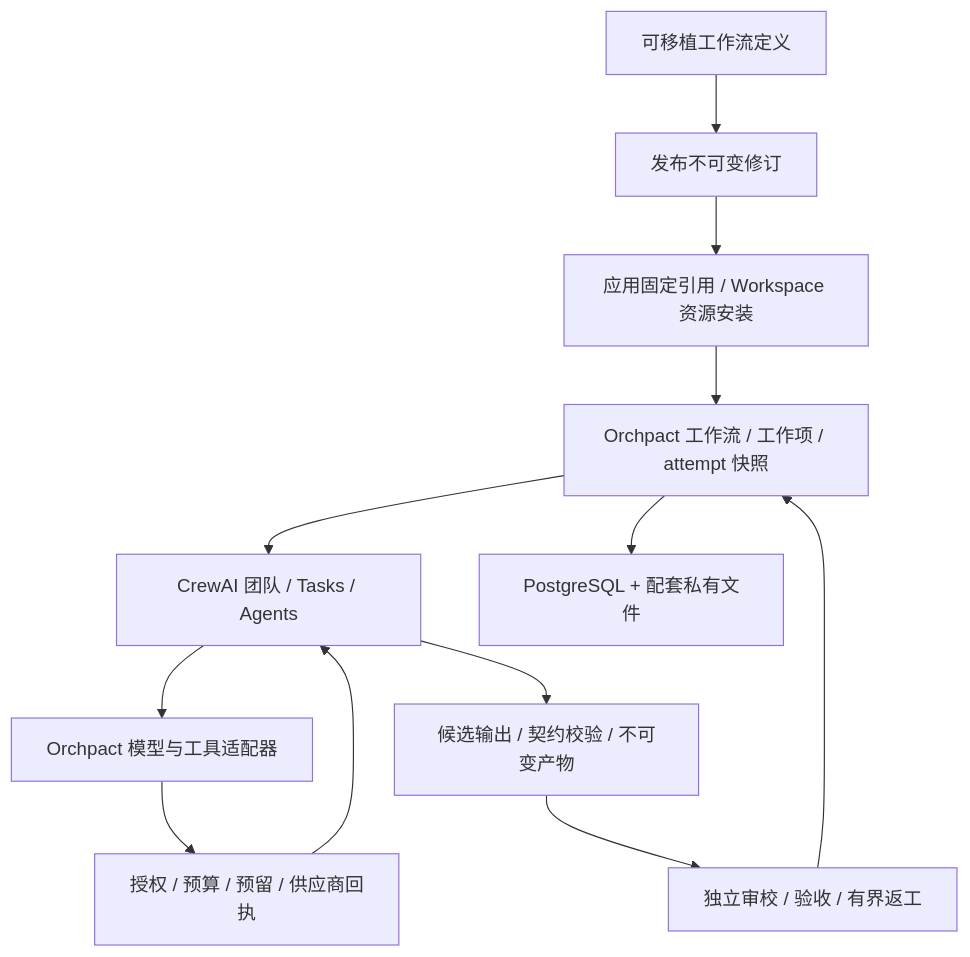
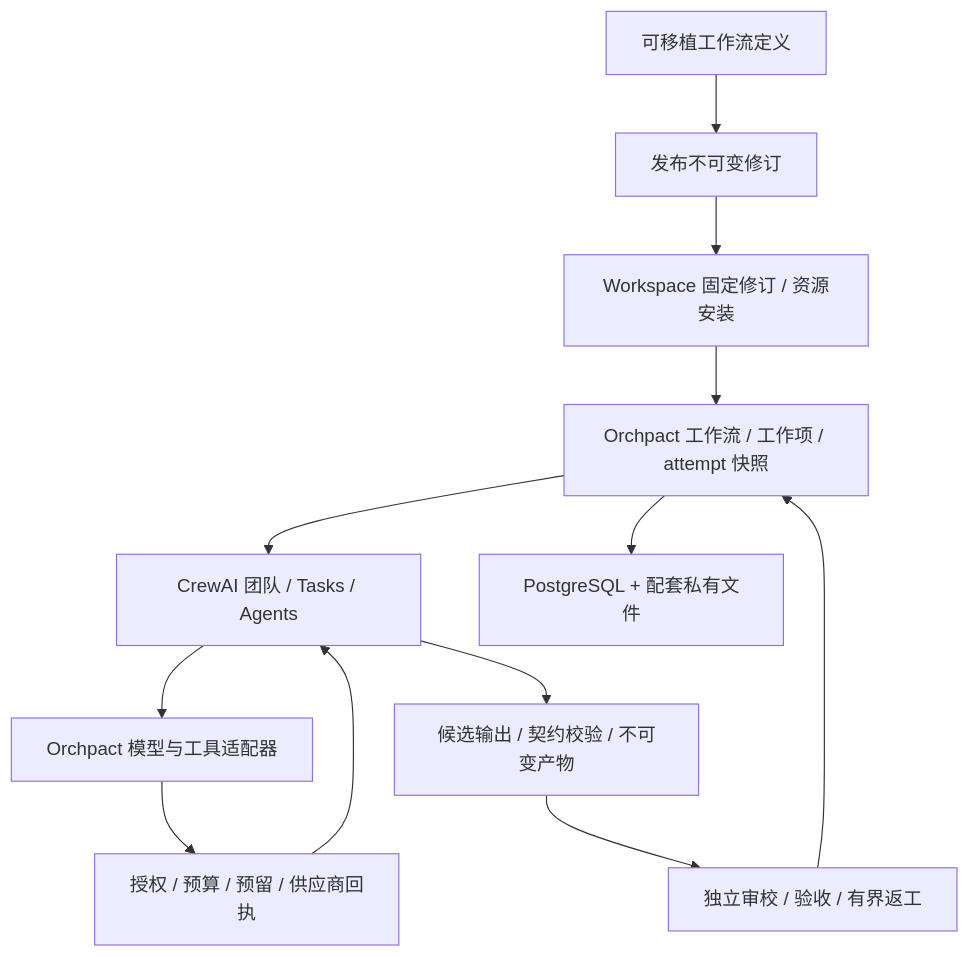
Before and after one commit to orchpact/orchpact: the diagram in README.md, drawn with Mermaid. The commit also changed other lines of this file and 78 other files, not shown here.

````diff
--- a/README.md
+++ b/README.md
@@ -21,14 +28,14 @@
 ```mermaid
 flowchart TD
   D[可移植工作流定义] --> P[发布不可变修订]
-  P --> B[应用固定引用 / Workspace 资源安装]
+  P --> B[Workspace 固定修订 / 资源安装]
   B --> R[Orchpact 工作流 / 工作项 / attempt 快照]
   R --> C[CrewAI 团队 / Tasks / Agents]
   C --> E[Orchpact 模型与工具适配器]
   E --> G[授权 / 预算 / 预留 / 供应商回执]
   G --> C
   C --> V[候选输出 / 契约校验 / 不可变产物]
   V --> A[独立审校 / 验收 / 有界返工]
   A --> R
   R --> S[PostgreSQL + 配套私有文件]
 ```
````
